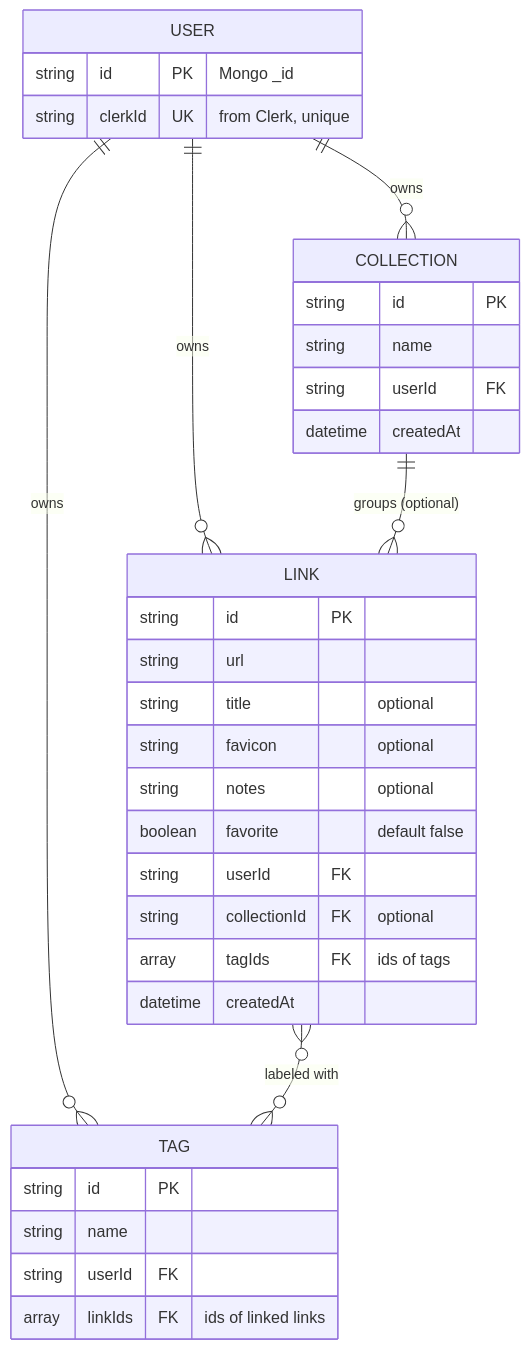
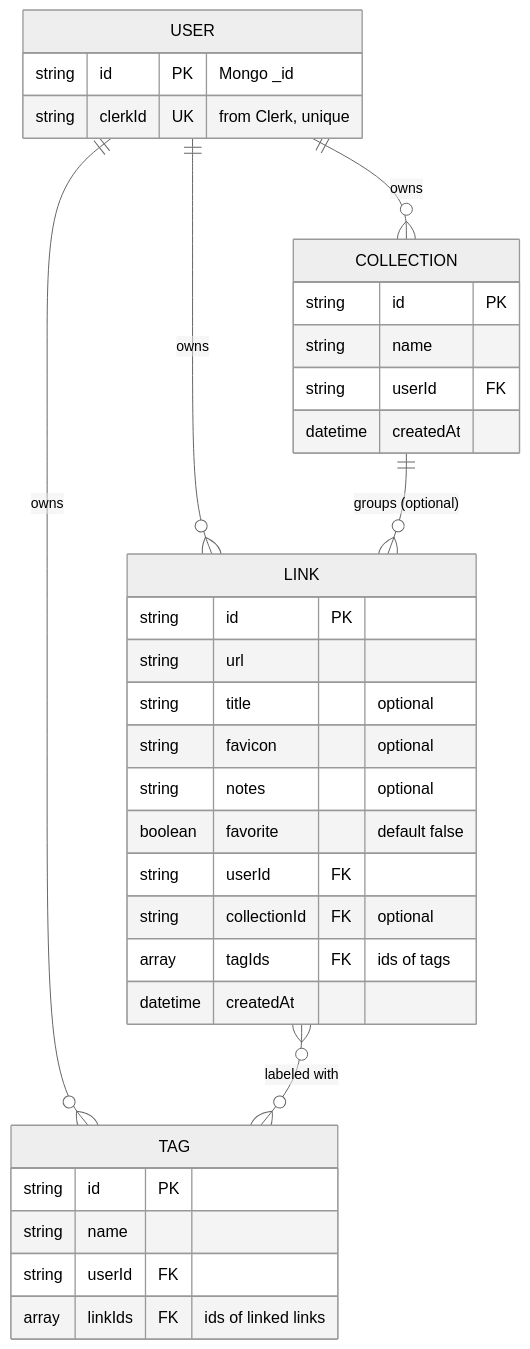
Before and after one commit to n10nce/project: diagram 15 of 23 in docs/ARCHITECTURE.md, drawn with Mermaid. The commit also changed other lines of this file and 24 other files, not shown here.

````diff
--- a/docs/ARCHITECTURE.md
+++ b/docs/ARCHITECTURE.md
@@ -534,37 +548,38 @@
 ```mermaid
+%%{init: {'theme':'neutral'}}%%
 erDiagram
     USER ||--o{ LINK : "owns"
     USER ||--o{ COLLECTION : "owns"
     USER ||--o{ TAG : "owns"
     COLLECTION ||--o{ LINK : "groups (optional)"
     LINK }o--o{ TAG : "labeled with"
 
     USER {
         string id PK "Mongo _id"
         string clerkId UK "from Clerk, unique"
     }
     COLLECTION {
         string id PK
         string name
         string userId FK
         datetime createdAt
     }
     TAG {
         string id PK
         string name
         string userId FK
         array linkIds FK "ids of linked links"
     }
     LINK {
         string id PK
         string url
         string title "optional"
         string favicon "optional"
         string notes "optional"
         boolean favorite "default false"
         string userId FK
         string collectionId FK "optional"
         array tagIds FK "ids of tags"
         datetime createdAt
     }
 ```
````
